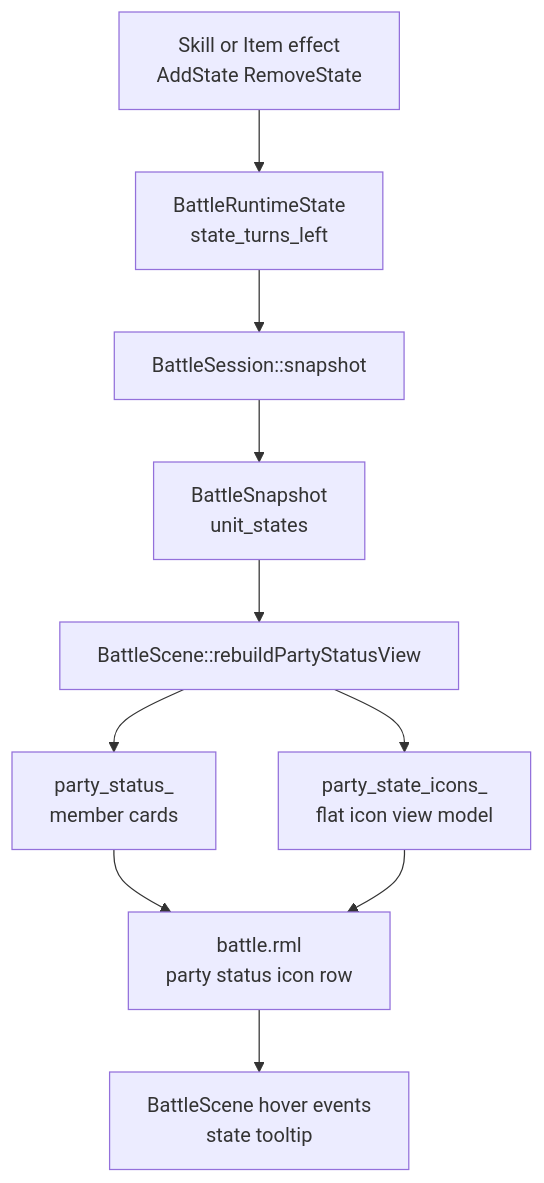
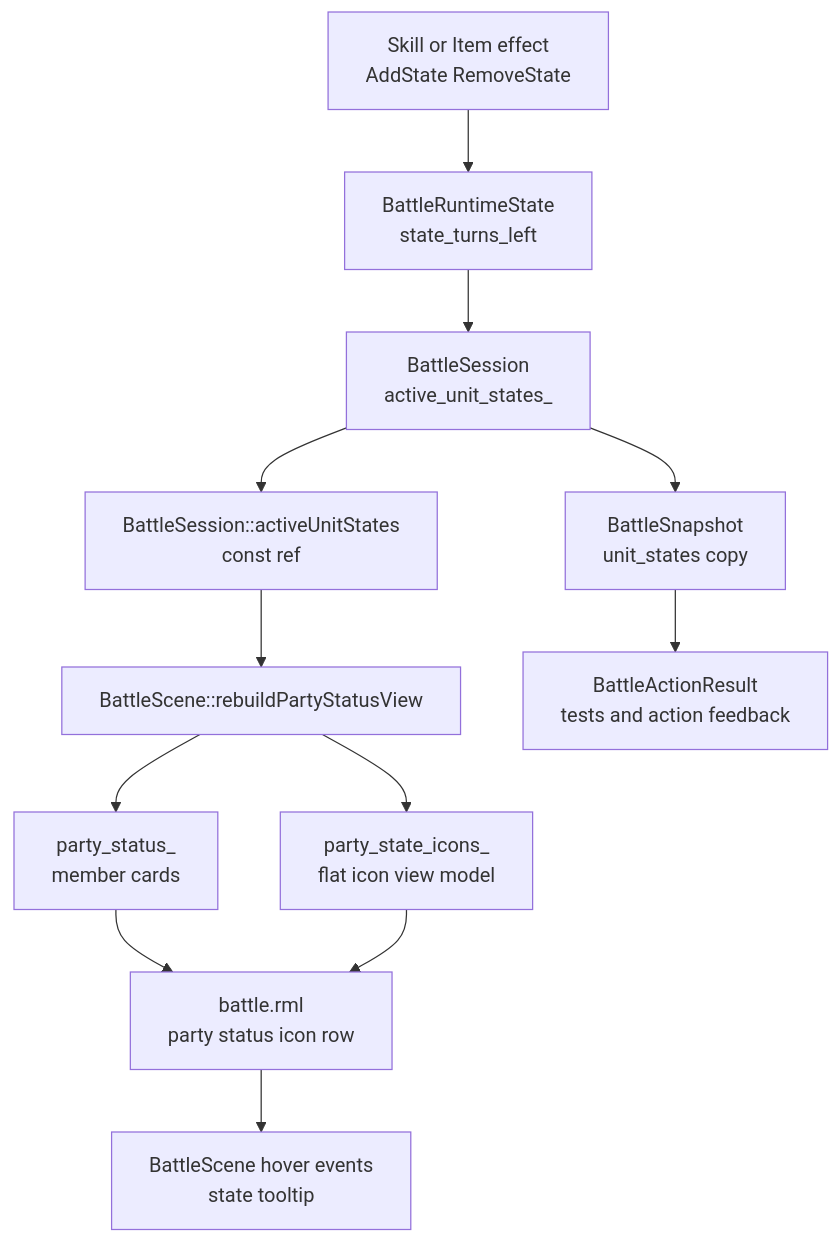
Before and after one commit to WispSnow/TinyFarmRPG: the diagram in plans/2026-05-08-battle-state-icons-plan.md, drawn with Mermaid. The commit also changed other lines of this file and 16 other files, not shown here.

Commit message:
完成状态图标实现

````diff
--- a/plans/2026-05-08-battle-state-icons-plan.md
+++ b/plans/2026-05-08-battle-state-icons-plan.md
@@ -27,12 +27,14 @@
 ```mermaid
 flowchart TD
     A["Skill or Item effect<br/>AddState RemoveState"] --> B["BattleRuntimeState<br/>state_turns_left"]
-    B --> C["BattleSession::snapshot"]
-    C --> D["BattleSnapshot<br/>unit_states"]
-    D --> E["BattleScene::rebuildPartyStatusView"]
-    E --> F["party_status_<br/>member cards"]
-    E --> G["party_state_icons_<br/>flat icon view model"]
-    F --> H["battle.rml<br/>party status icon row"]
-    G --> H
-    H --> I["BattleScene hover events<br/>state tooltip"]
+    B --> C["BattleSession<br/>active_unit_states_"]
+    C --> D["BattleSession::activeUnitStates<br/>const ref"]
+    C --> E["BattleSnapshot<br/>unit_states copy"]
+    D --> F["BattleScene::rebuildPartyStatusView"]
+    E --> J["BattleActionResult<br/>tests and action feedback"]
+    F --> G["party_status_<br/>member cards"]
+    F --> H["party_state_icons_<br/>flat icon view model"]
+    G --> I["battle.rml<br/>party status icon row"]
+    H --> I
+    I --> K["BattleScene hover events<br/>state tooltip"]
 ```
````
